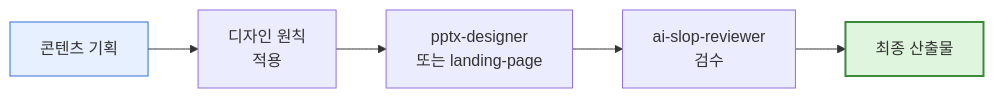
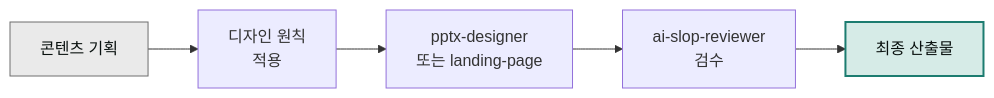
The diagram in content/cookbook/design/_index.md (modu-ai/claude), drawn with Mermaid before and after one commit. The commit also changed 97 other files, not shown here.

First line of the commit message:
style(docs-site): mermaid 색상 브랜드 정합 + 라이트 테마 단일화

````diff
--- a/content/cookbook/design/_index.md
+++ b/content/cookbook/design/_index.md
@@ -10,10 +10,10 @@
 ```mermaid
 flowchart LR
     A["콘텐츠 기획"] --> B["디자인 원칙<br/>적용"]
     B --> C["pptx-designer<br/>또는 landing-page"]
     C --> D["ai-slop-reviewer<br/>검수"]
     D --> E["최종 산출물"]
 
-    style A fill:#e6f0ff,stroke:#3070d0
-    style E fill:#dff5dd,stroke:#3a8a3a,stroke-width:2px
+    style A fill:#eaeaea,stroke:#6e6e6e,color:#09110f
+    style E fill:#d6ebe7,stroke:#1c7c70,stroke-width:2px,color:#09110f
 ```
````
